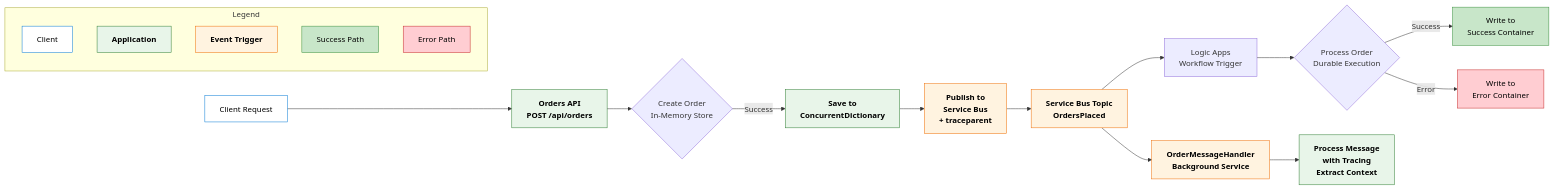
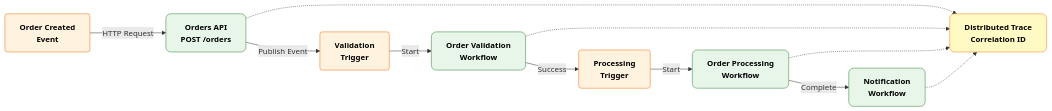
The third of 6 diagrams in README.md (Evilazaro/Azure-LogicApps-Monitoring), drawn with Mermaid before and after one commit. The commit also changed other lines of this file, not shown here.

````diff
--- a/README.md
+++ b/README.md
@@ -352,37 +248,29 @@
 ```mermaid
 flowchart LR
-    A[Client Request] --> B[Orders API<br/>POST /api/orders]
-    B --> C{Create Order<br/>In-Memory Store}
-    C -->|Success| D[Save to<br/>ConcurrentDictionary]
-    D --> E[Publish to<br/>Service Bus<br/>+ traceparent]
-    E --> F[Service Bus Topic<br/>OrdersPlaced]
-    F --> G[Logic Apps<br/>Workflow Trigger]
-    G --> H{Process Order<br/>Durable Execution}
-    H -->|Success| I[Write to<br/>Success Container]
-    H -->|Error| J[Write to<br/>Error Container]
+    E1[Order Created<br/>Event]:::event
+    E2[Validation<br/>Trigger]:::event
+    E3[Processing<br/>Trigger]:::event
     
-    F --> K[OrderMessageHandler<br/>Background Service]
-    K --> L[Process Message<br/>with Tracing<br/>Extract Context]
-
-    classDef client fill:#FFFFFF,stroke:#0078D4,color:#000;
-    classDef app fill:#E8F5E9,stroke:#2E7D32,color:#000,font-weight:bold;
-    classDef event fill:#FFF3E0,stroke:#EF6C00,color:#000,font-weight:bold;
-    classDef success fill:#C8E6C9,stroke:#388E3C,color:#000;
-    classDef error fill:#FFCDD2,stroke:#C62828,color:#000;
-
-    class A client;
-    class B,D,L app;
-    class E,F,K event;
-    class G,H workflow;
-    class I success;
-    class J error;
+    A1[Orders API<br/>POST /orders]:::app
+    W1[Order Validation<br/>Workflow]:::app
+    W2[Order Processing<br/>Workflow]:::app
+    W3[Notification<br/>Workflow]:::app
     
-    %% Legend
-    subgraph Legend
-        L1[Client]:::client
-        L2[Application]:::app
-        L3[Event Trigger]:::event
-        L4[Success Path]:::success
-        L5[Error Path]:::error
-    end
+    E1 --> |HTTP Request| A1
+    A1 --> |Publish Event| E2
+    E2 --> |Start| W1
+    W1 --> |Success| E3
+    E3 --> |Start| W2
+    W2 --> |Complete| W3
+    
+    M1[Distributed Trace<br/>Correlation ID]:::monitor
+    
+    A1 -.-> M1
+    W1 -.-> M1
+    W2 -.-> M1
+    W3 -.-> M1
+    
+    classDef event fill:#FFF3E0,stroke:#EF6C00,color:#000,font-weight:bold,rx:5,ry:5;
+    classDef app fill:#E8F5E9,stroke:#2E7D32,color:#000,font-weight:bold,rx:10,ry:10;
+    classDef monitor fill:#FFF9C4,stroke:#F57F17,color:#000,font-weight:bold,rx:10,ry:10;
 ```
````
